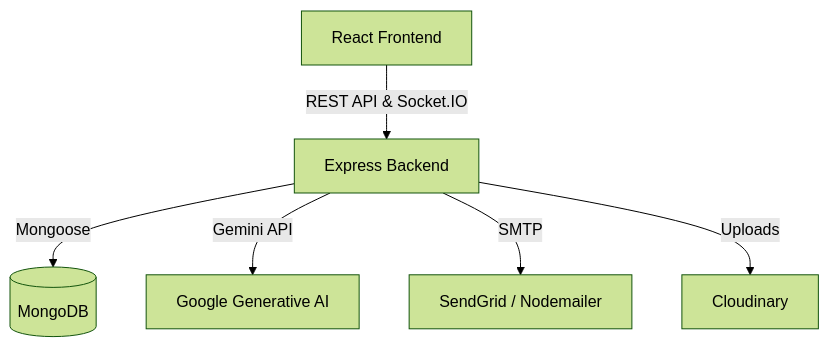
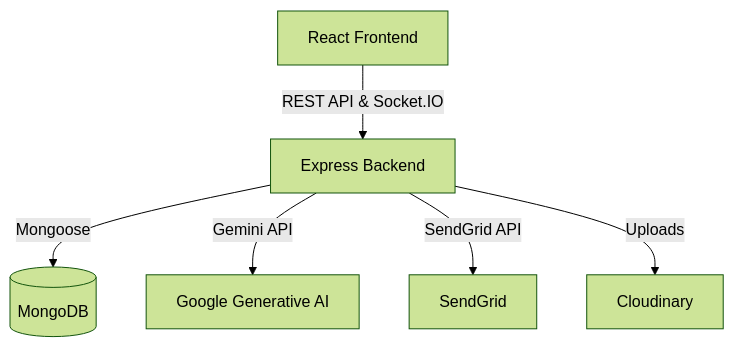
One commit to zacharybaca/my-knowledge-board changed the diagram in REPOSITORY_OVERVIEW.md. Above: the diagram before and after it, drawn with Mermaid (forest theme).

Commit message:
Potential fix for pull request finding

````diff
--- a/REPOSITORY_OVERVIEW.md
+++ b/REPOSITORY_OVERVIEW.md
@@ -21,8 +21,8 @@
 ```mermaid
 graph TD
     Client[React Frontend] -->|REST API & Socket.IO| Server[Express Backend]
     Server -->|Mongoose| DB[(MongoDB)]
     Server -->|Gemini API| AI[Google Generative AI]
-    Server -->|SMTP| Email[SendGrid / Nodemailer]
+    Server -->|SendGrid API| Email[SendGrid]
     Server -->|Uploads| Cloudinary[Cloudinary]
 ```
````
